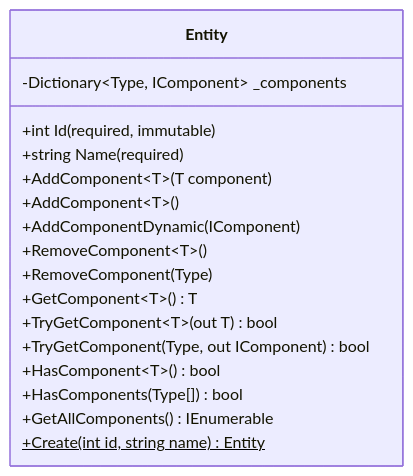
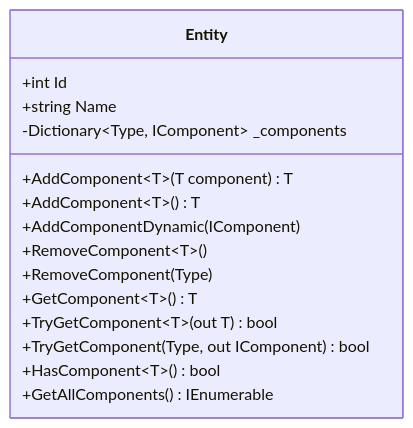
Before and after one commit to kateusz/GameEngine: the second of 5 diagrams in docs/architecture/ecs-architecture.md, drawn with Mermaid. The commit also changed other lines of this file and 32 other files, not shown here.

````diff
--- a/docs/architecture/ecs-architecture.md
+++ b/docs/architecture/ecs-architecture.md
@@ -48,20 +48,18 @@
 ```mermaid
 classDiagram
     class Entity {
-        +int Id (required, immutable)
-        +string Name (required)
+        +int Id
+        +string Name
         -Dictionary~Type, IComponent~ _components
-        +AddComponent~T~(T component)
-        +AddComponent~T~()
+        +AddComponent~T~(T component) T
+        +AddComponent~T~() T
         +AddComponentDynamic(IComponent)
         +RemoveComponent~T~()
         +RemoveComponent(Type)
         +GetComponent~T~() T
         +TryGetComponent~T~(out T) bool
         +TryGetComponent(Type, out IComponent) bool
         +HasComponent~T~() bool
-        +HasComponents(Type[]) bool
         +GetAllComponents() IEnumerable
-        +Create(int id, string name)$ Entity
     }
 ```
````
